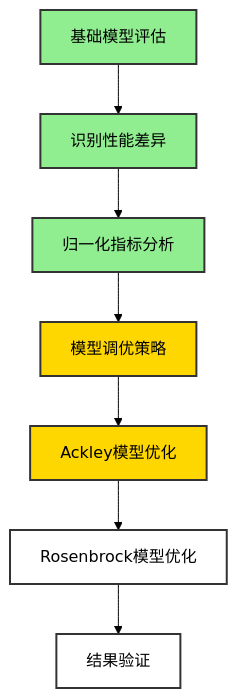
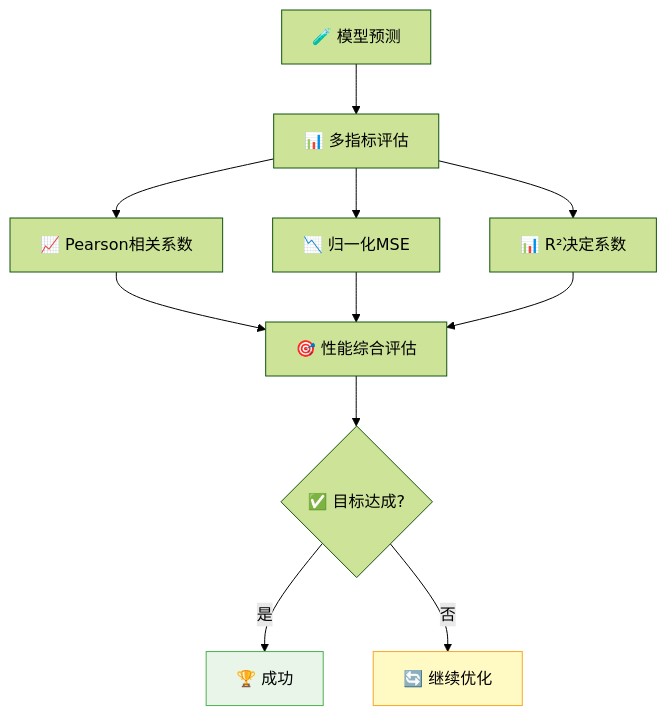
One commit to le876/week1-CNN changed the eighth of 8 diagrams in 项目流程图.md. Above: the diagram before and after it, drawn with Mermaid (forest theme). The commit also changed other lines of this file and 25 other files, not shown here.

````diff
--- a/项目流程图.md
+++ b/项目流程图.md
@@ -193,18 +225,16 @@
 ```mermaid
 flowchart TD
-    A[基础模型评估] --> B[识别性能差异]
-    B --> C[归一化指标分析]
-    C --> D[模型调优策略]
-    D --> E[Ackley模型优化]
-    E --> F[Rosenbrock模型优化]
-    F --> G[结果验证]
-    
-    %% 当前进度标记
-    style A fill:#90EE90,stroke:#333,stroke-width:2px
-    style B fill:#90EE90,stroke:#333,stroke-width:2px
-    style C fill:#90EE90,stroke:#333,stroke-width:2px
-    style D fill:#FFD700,stroke:#333,stroke-width:2px
-    style E fill:#FFD700,stroke:#333,stroke-width:2px
-    style F fill:#FFFFFF,stroke:#333,stroke-width:2px
-    style G fill:#FFFFFF,stroke:#333,stroke-width:2px
+    A[🧪 模型预测] --> B[📊 多指标评估]
+    B --> C[📈 Pearson相关系数]
+    B --> D[📉 归一化MSE]
+    B --> E[📊 R²决定系数]
+    C --> F[🎯 性能综合评估]
+    D --> F
+    E --> F
+    F --> G{✅ 目标达成?}
+    G -->|是| H[🏆 成功]
+    G -->|否| I[🔄 继续优化]
+
+    style H fill:#e8f5e8,stroke:#4caf50
+    style I fill:#fff9c4,stroke:#f9a825
 ```
````
